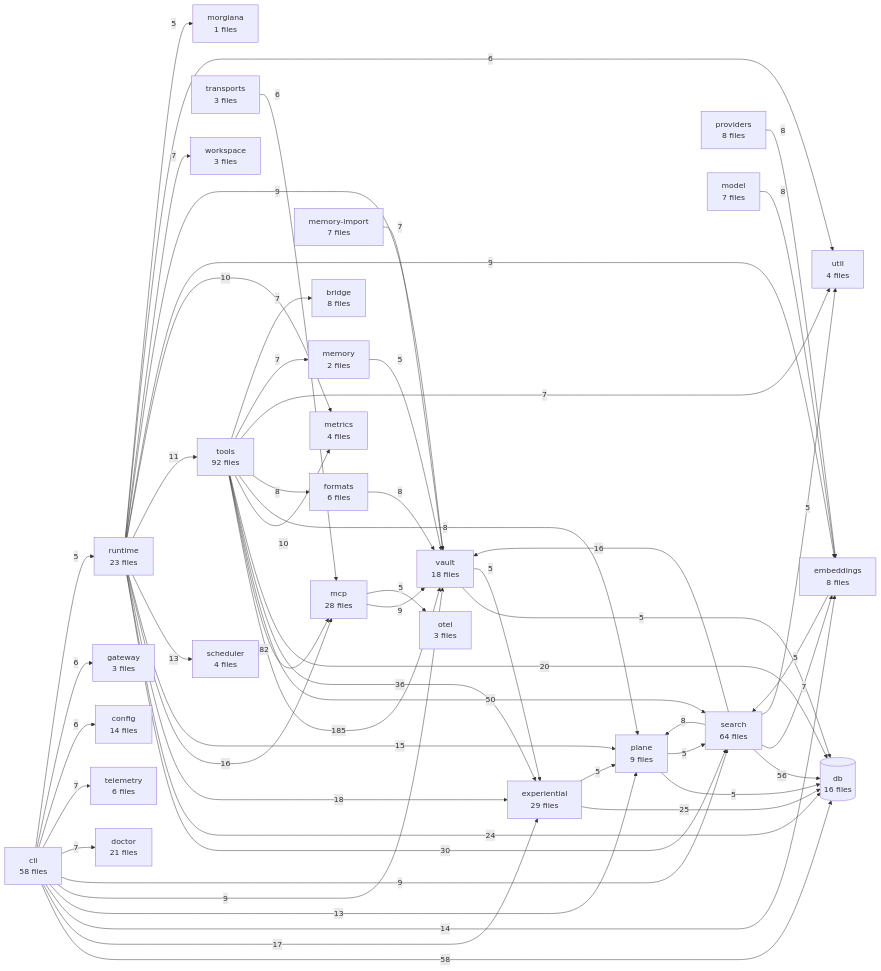
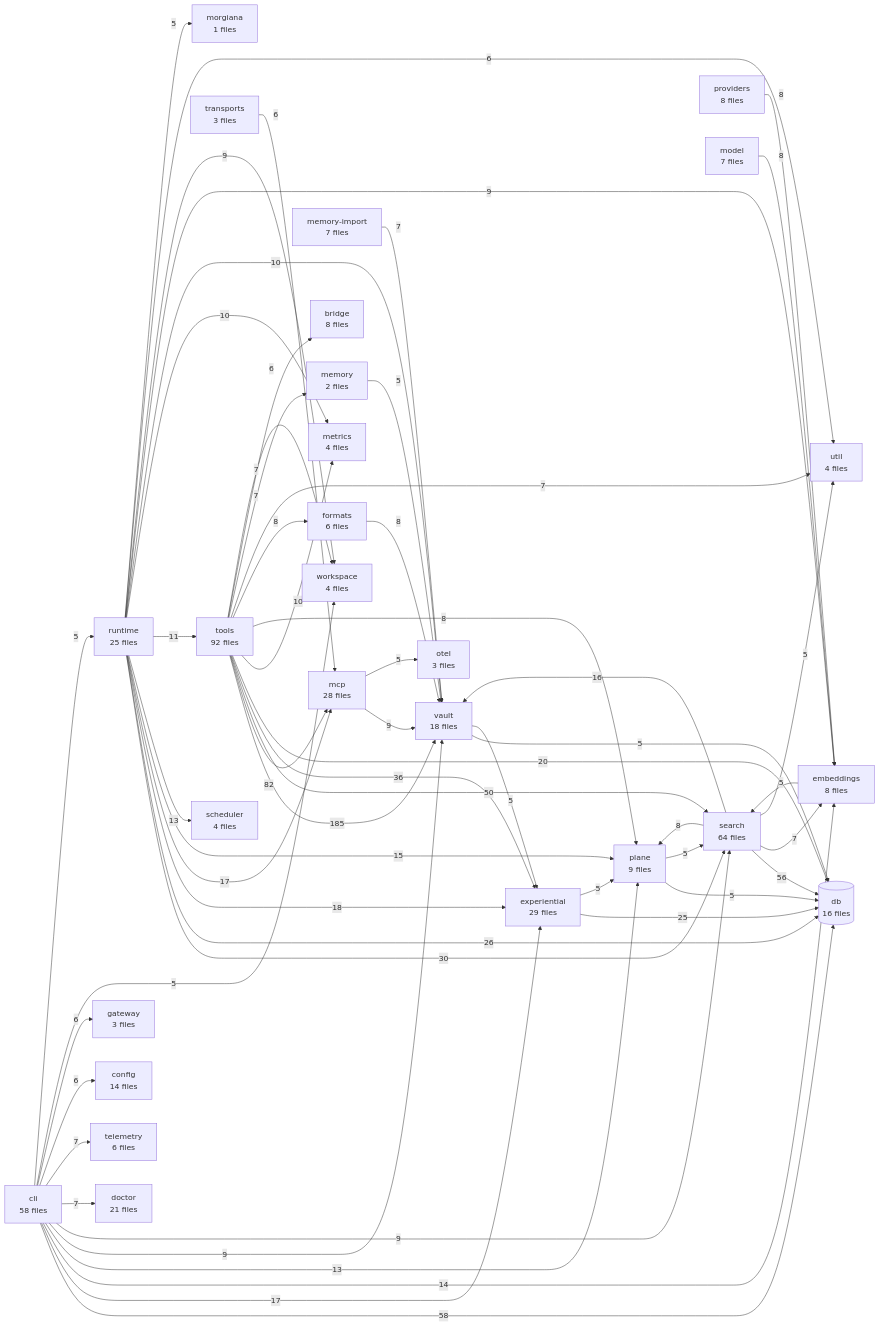
The diagram in TREE.md (The-40-Thieves/obsidian-tc), drawn with Mermaid before and after one commit. The commit also changed other lines of this file and 41 other files, not shown here.

```diff
--- a/TREE.md
+++ b/TREE.md
@@ -328,7 +330,7 @@
   cli[cli<br/>58 files]
   experiential[experiential<br/>29 files]
   mcp[mcp<br/>28 files]
-  runtime[runtime<br/>23 files]
+  runtime[runtime<br/>25 files]
   doctor[doctor<br/>21 files]
   vault[vault<br/>18 files]
   db[(db<br/>16 files)]
@@ -344,10 +346,10 @@
   metrics[metrics<br/>4 files]
   scheduler[scheduler<br/>4 files]
   util[util<br/>4 files]
+  workspace[workspace<br/>4 files]
   gateway[gateway<br/>3 files]
   otel[otel<br/>3 files]
   transports[transports<br/>3 files]
-  workspace[workspace<br/>3 files]
   memory[memory<br/>2 files]
   morgiana[morgiana<br/>1 files]
 
@@ -358,12 +360,12 @@
   tools -->|50| search
   tools -->|36| experiential
   runtime -->|30| search
+  runtime -->|26| db
   experiential -->|25| db
-  runtime -->|24| db
   tools -->|20| db
   runtime -->|18| experiential
   cli -->|17| experiential
-  runtime -->|16| mcp
+  runtime -->|17| mcp
   search -->|16| vault
   runtime -->|15| plane
   cli -->|14| embeddings
@@ -371,12 +373,13 @@
   runtime -->|13| scheduler
   runtime -->|11| tools
   runtime -->|10| metrics
+  runtime -->|10| vault
   tools -->|10| metrics
   cli -->|9| vault
   cli -->|9| search
   mcp -->|9| vault
   runtime -->|9| embeddings
-  runtime -->|9| vault
+  runtime -->|9| workspace
   formats -->|8| vault
   model -->|8| embeddings
   providers -->|8| embeddings
@@ -386,7 +389,6 @@
   cli -->|7| doctor
   cli -->|7| telemetry
   memory-import -->|7| vault
-  runtime -->|7| workspace
   search -->|7| embeddings
   tools -->|7| util
   tools -->|7| memory
@@ -394,7 +396,9 @@
   cli -->|6| config
   cli -->|6| gateway
   runtime -->|6| util
+  tools -->|6| workspace
   transports -->|6| mcp
+  cli -->|5| workspace
   cli -->|5| runtime
   embeddings -->|5| search
   experiential -->|5| plane
```
